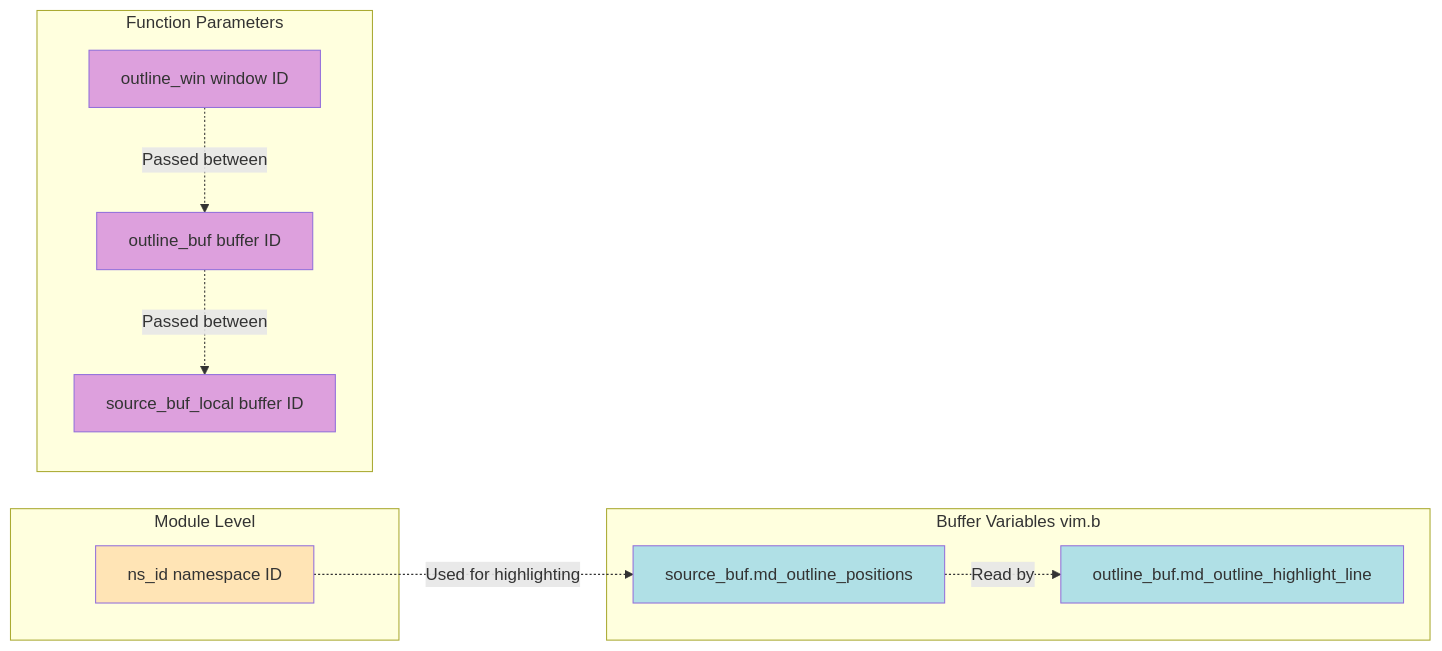
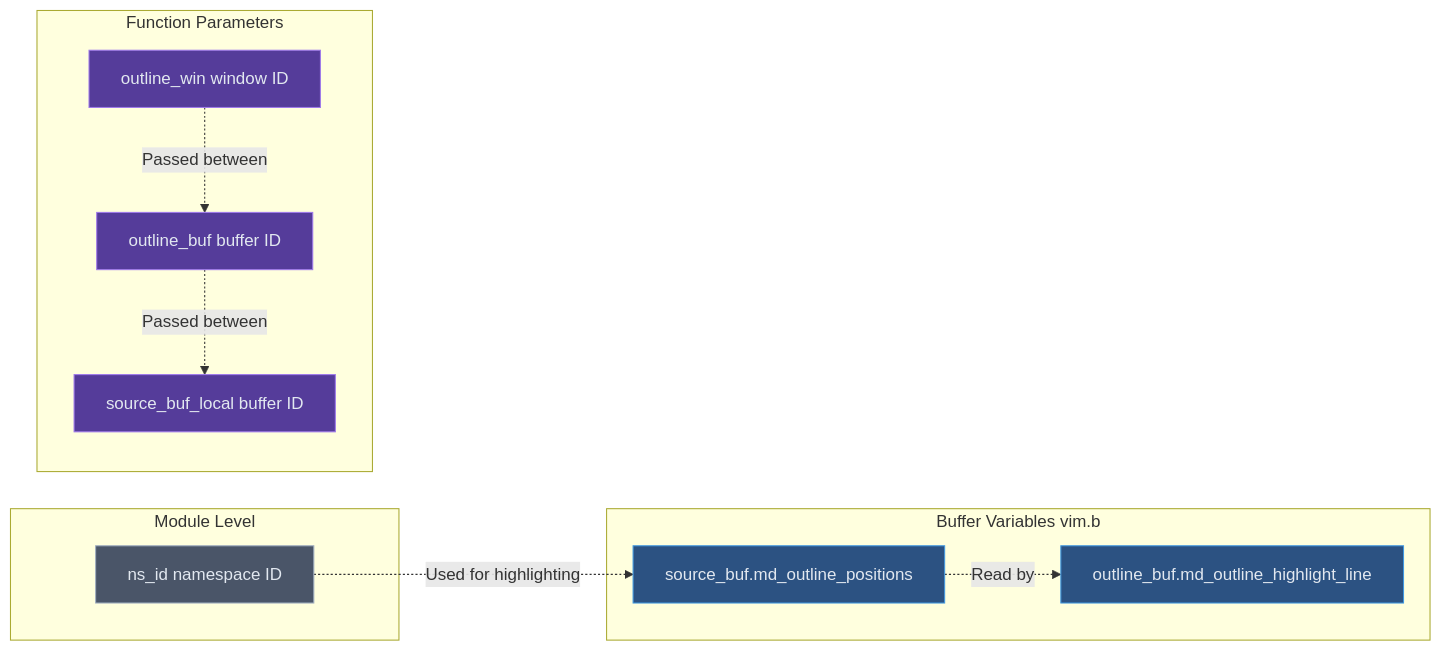
One commit to tttol/md-outline.nvim changed the sixth of 6 diagrams in doc/window_flow_chart.md. Above: the diagram before and after it, drawn with Mermaid.

Commit message:
Improve dark mode visibility of state management diagram colors

````diff
--- a/doc/window_flow_chart.md
+++ b/doc/window_flow_chart.md
@@ -146,29 +146,29 @@
 ```mermaid
 graph LR
     subgraph "Module Level"
         A[ns_id namespace ID]
     end
 
     subgraph "Buffer Variables vim.b"
         B[source_buf.md_outline_positions]
         C[outline_buf.md_outline_highlight_line]
     end
 
     subgraph "Function Parameters"
         D[outline_win window ID]
         E[outline_buf buffer ID]
         F[source_buf_local buffer ID]
     end
 
     A -.Used for highlighting.-> B
     B -.Read by.-> C
     D -.Passed between.-> E
     E -.Passed between.-> F
 
-    style A fill:#FFE4B5
-    style B fill:#B0E0E6
-    style C fill:#B0E0E6
-    style D fill:#DDA0DD
-    style E fill:#DDA0DD
-    style F fill:#DDA0DD
+    style A fill:#4A5568,stroke:#A0AEC0,color:#E2E8F0
+    style B fill:#2C5282,stroke:#4299E1,color:#E2E8F0
+    style C fill:#2C5282,stroke:#4299E1,color:#E2E8F0
+    style D fill:#553C9A,stroke:#9F7AEA,color:#E2E8F0
+    style E fill:#553C9A,stroke:#9F7AEA,color:#E2E8F0
+    style F fill:#553C9A,stroke:#9F7AEA,color:#E2E8F0
 ```
````
